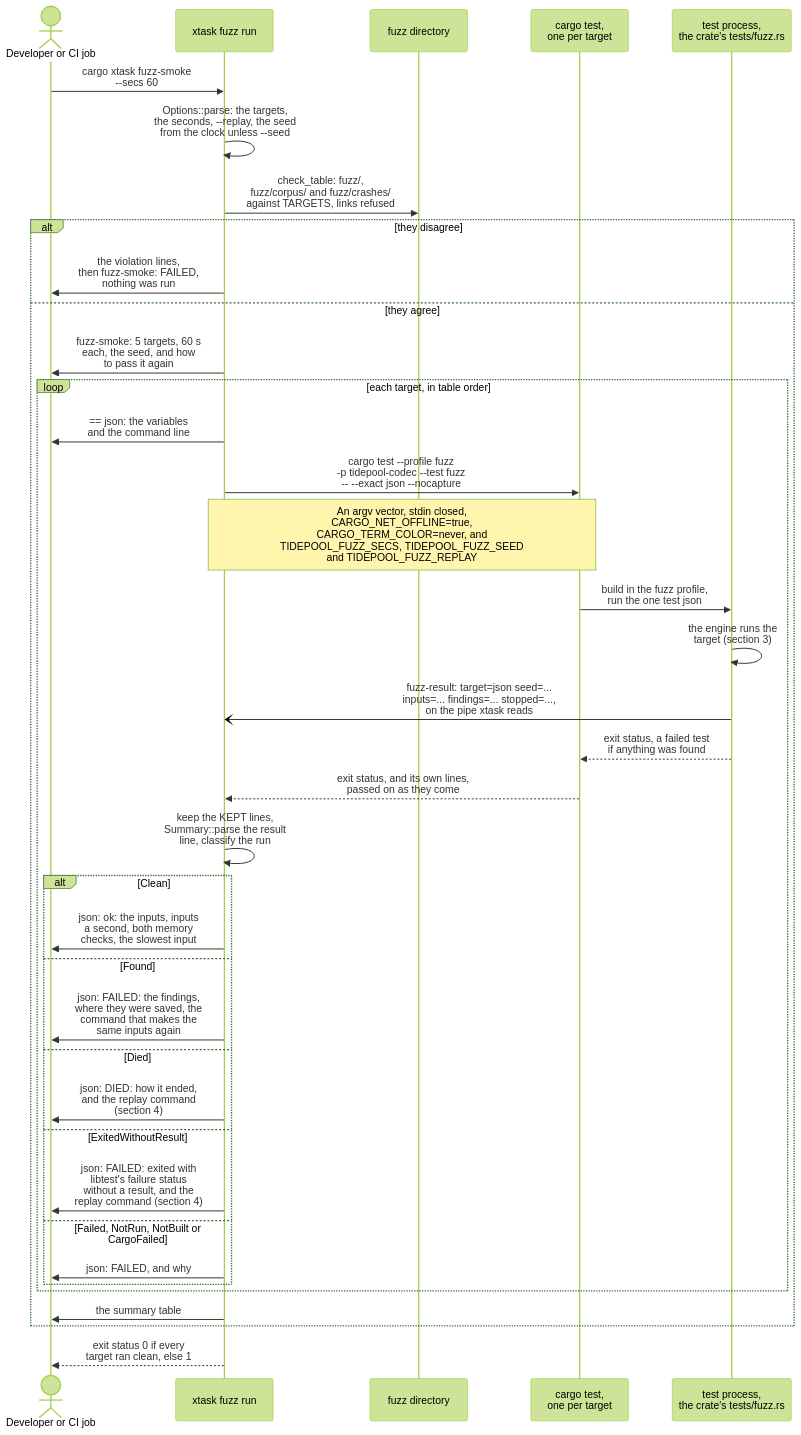
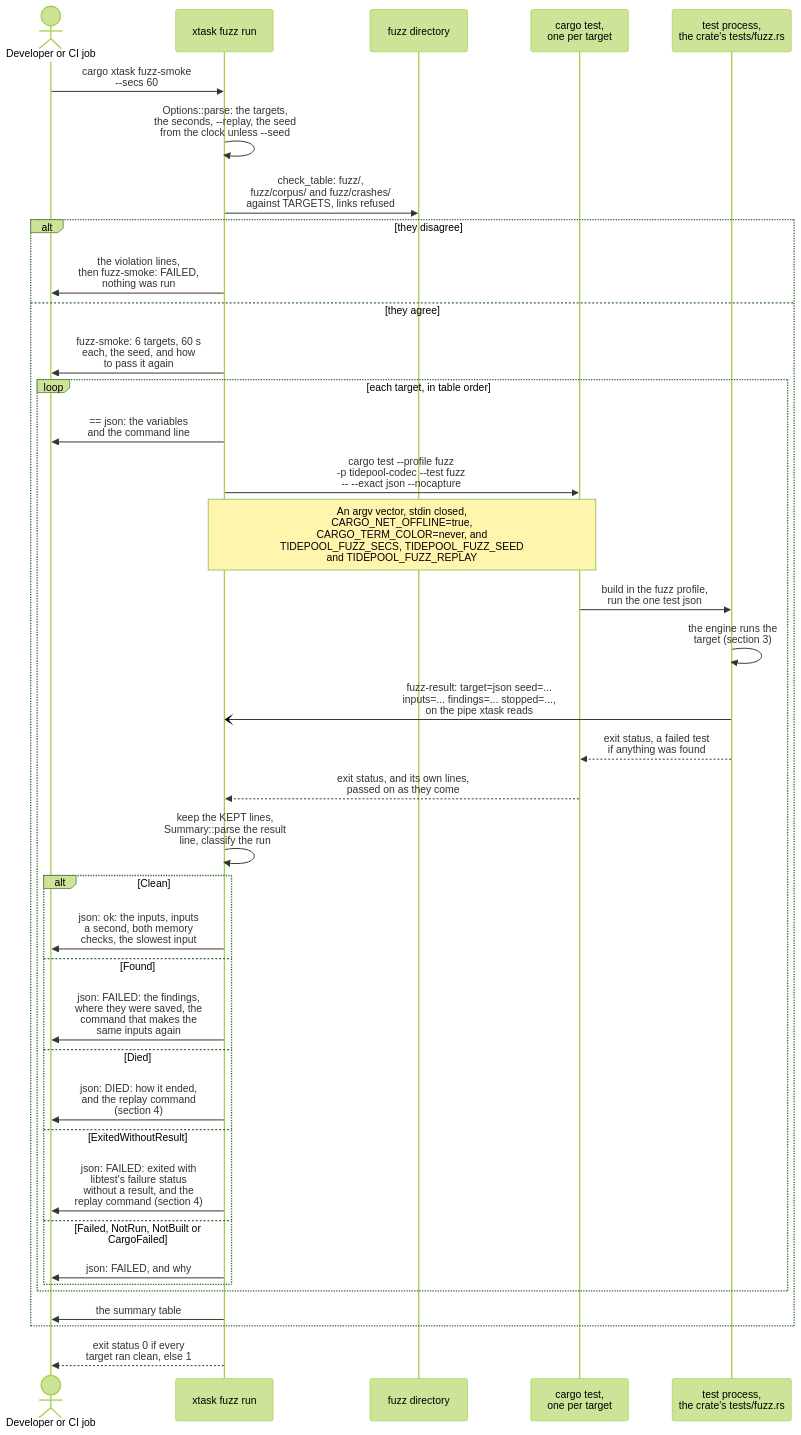
The third of 23 diagrams in diagrams/sequence-diagrams.md (jabbott-iii/Tidepool), drawn with Mermaid (forest theme) before and after one commit. The commit also changed other lines of this file and 50 other files, not shown here.

````diff
--- a/diagrams/sequence-diagrams.md
+++ b/diagrams/sequence-diagrams.md
@@ -197,41 +202,41 @@
 ```mermaid
 sequenceDiagram
     actor Dev as Developer or CI job
     participant Smoke as xtask fuzz run
     participant Fz as fuzz directory
     participant Cargo as cargo test,<br/>one per target
     participant Test as test process,<br/>the crate's tests/fuzz.rs
 
     Dev->>Smoke: cargo xtask fuzz-smoke<br/>--secs 60
     Smoke->>Smoke: Options::parse: the targets,<br/>the seconds, --replay, the seed<br/>from the clock unless --seed
     Smoke->>Fz: check_table: fuzz/,<br/>fuzz/corpus/ and fuzz/crashes/<br/>against TARGETS, links refused
     alt they disagree
         Smoke->>Dev: the violation lines,<br/>then fuzz-smoke: FAILED,<br/>nothing was run
     else they agree
-        Smoke->>Dev: fuzz-smoke: 5 targets, 60 s<br/>each, the seed, and how<br/>to pass it again
+        Smoke->>Dev: fuzz-smoke: 6 targets, 60 s<br/>each, the seed, and how<br/>to pass it again
         loop each target, in table order
             Smoke->>Dev: == json: the variables<br/>and the command line
             Smoke->>Cargo: cargo test --profile fuzz<br/>-p tidepool-codec --test fuzz<br/>-- --exact json --nocapture
             Note over Smoke,Cargo: An argv vector, stdin closed,<br/>CARGO_NET_OFFLINE=true,<br/>CARGO_TERM_COLOR=never, and<br/>TIDEPOOL_FUZZ_SECS, TIDEPOOL_FUZZ_SEED<br/>and TIDEPOOL_FUZZ_REPLAY
             Cargo->>Test: build in the fuzz profile,<br/>run the one test json
             Test->>Test: the engine runs the<br/>target (section 3)
             Test-)Smoke: fuzz-result: target=json seed=...<br/>inputs=... findings=... stopped=...,<br/>on the pipe xtask reads
             Test-->>Cargo: exit status, a failed test<br/>if anything was found
             Cargo-->>Smoke: exit status, and its own lines,<br/>passed on as they come
             Smoke->>Smoke: keep the KEPT lines,<br/>Summary::parse the result<br/>line, classify the run
             alt Clean
                 Smoke->>Dev: json: ok: the inputs, inputs<br/>a second, both memory<br/>checks, the slowest input
             else Found
                 Smoke->>Dev: json: FAILED: the findings,<br/>where they were saved, the<br/>command that makes the<br/>same inputs again
             else Died
                 Smoke->>Dev: json: DIED: how it ended,<br/>and the replay command<br/>(section 4)
             else ExitedWithoutResult
                 Smoke->>Dev: json: FAILED: exited with<br/>libtest's failure status<br/>without a result, and the<br/>replay command (section 4)
             else Failed, NotRun, NotBuilt or CargoFailed
                 Smoke->>Dev: json: FAILED, and why
             end
         end
         Smoke->>Dev: the summary table
     end
     Smoke-->>Dev: exit status 0 if every<br/>target ran clean, else 1
 ```
````
